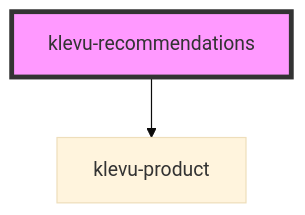
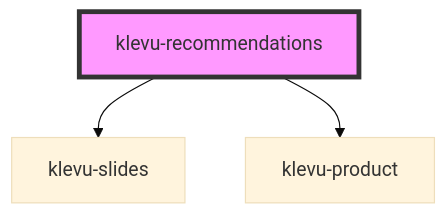
One commit to klevultd/frontend-sdk changed the diagram in packages/klevu-ui/src/components/klevu-recommendations/readme.md. Above: the diagram before and after it, drawn with Mermaid (base theme). The commit also changed other lines of this file and 14 other files, not shown here.

````diff
--- a/packages/klevu-ui/src/components/klevu-recommendations/readme.md
+++ b/packages/klevu-ui/src/components/klevu-recommendations/readme.md
@@ -23,5 +24,6 @@
 ```mermaid
 graph TD;
+  klevu-recommendations --> klevu-slides
   klevu-recommendations --> klevu-product
   style klevu-recommendations fill:#f9f,stroke:#333,stroke-width:4px
 ```
````
